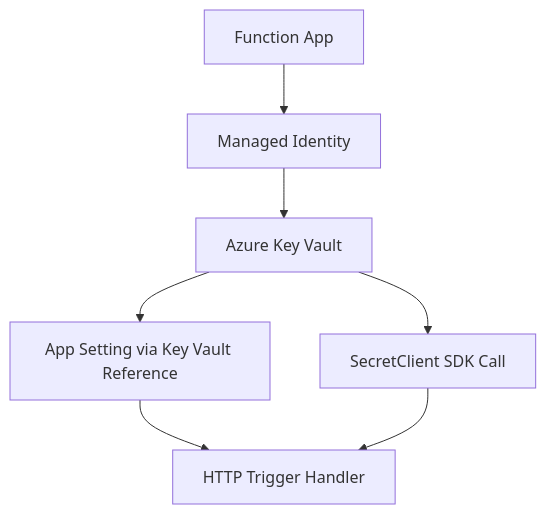
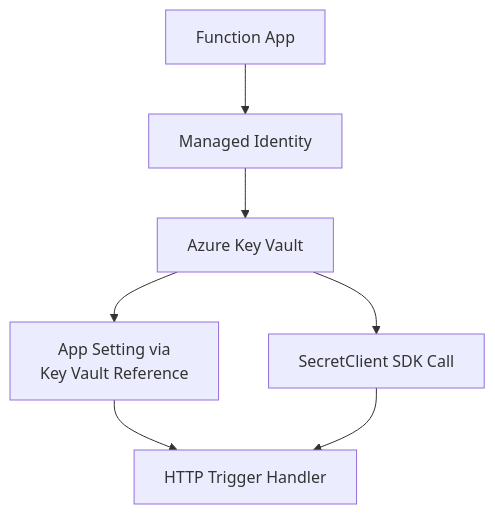
One commit to yeongseon/azure-functions-practical-guide changed the diagram in docs/language-guides/nodejs/recipes/key-vault.md. Above: the diagram before and after it, drawn with Mermaid. The commit also changed other lines of this file and 4 other files, not shown here.

First line of the commit message:
docs(diagrams): improve Node.js security recipe diagram readability (#505)

````diff
--- a/docs/language-guides/nodejs/recipes/key-vault.md
+++ b/docs/language-guides/nodejs/recipes/key-vault.md
@@ -25,9 +25,11 @@
 ```mermaid
 flowchart TD
+    accTitle: Node.js Key Vault secret availability paths
+    accDescr: The function app uses managed identity for Key Vault access, with secret values available to the HTTP handler through an app-setting reference or a SecretClient SDK call. Arrows summarize logical relationships and secret availability, not connection initiators; platform reference resolution is separate from application SDK retrieval.
     FUNC[Function App] --> MSI[Managed Identity]
     MSI --> KV[Azure Key Vault]
-    KV --> SETTING[App Setting via Key Vault Reference]
+    KV --> SETTING[App Setting via<br/>Key Vault Reference]
     KV --> SDK[SecretClient SDK Call]
     SETTING --> HANDLER[HTTP Trigger Handler]
     SDK --> HANDLER
 ```
````
